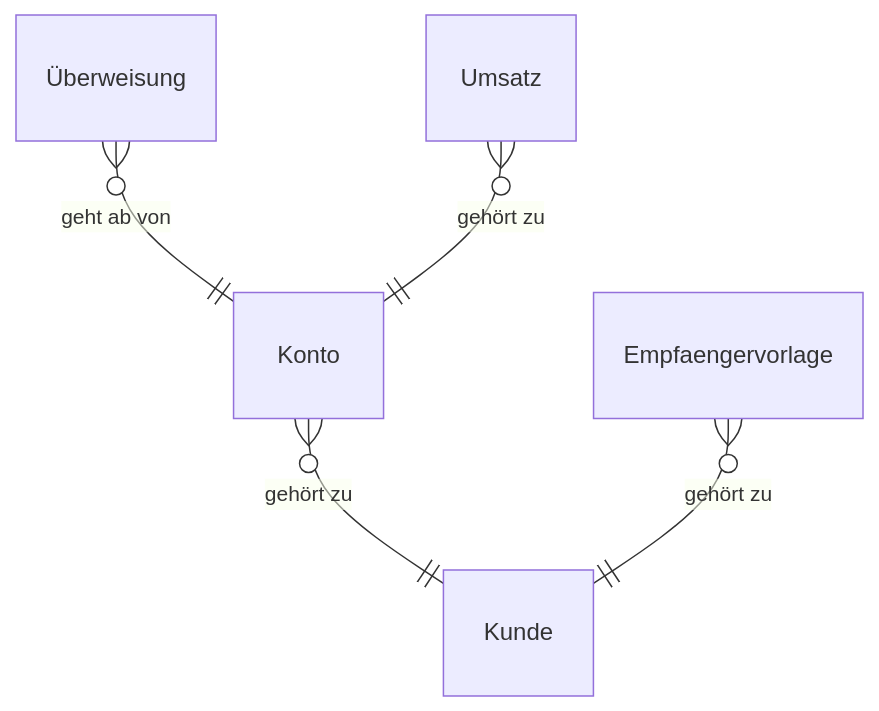
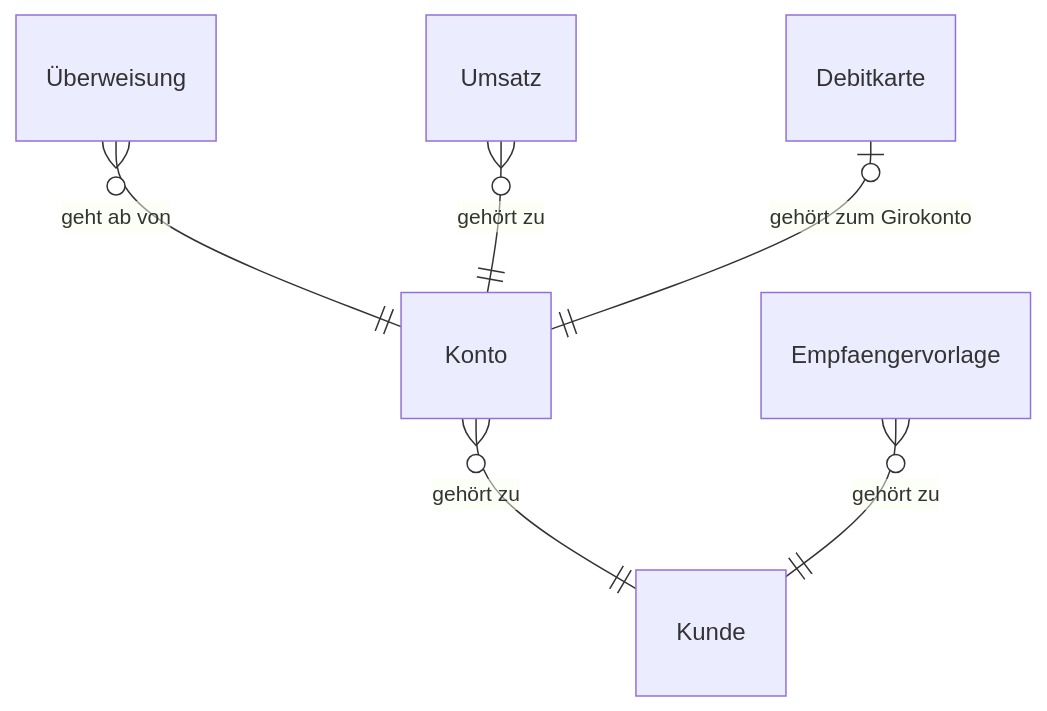
The diagram in docs/entity_model.md (dakn85/online-banking), drawn with Mermaid before and after one commit. The commit also changed other lines of this file and 10 other files, not shown here.

First line of the commit message:
PK-55: KI-Vorschlag übernommen: Debitkarte zum Girokonto sperren und entsperren

````diff
--- a/docs/entity_model.md
+++ b/docs/entity_model.md
@@ -5,7 +5,8 @@
 ```mermaid
 erDiagram
     Konto }o--|| Kunde : "gehört zu"
     "Überweisung" }o--|| Konto : "geht ab von"
     Umsatz }o--|| Konto : "gehört zu"
     Empfaengervorlage }o--|| Kunde : "gehört zu"
+    Debitkarte |o--|| Konto : "gehört zum Girokonto"
 ```
````
